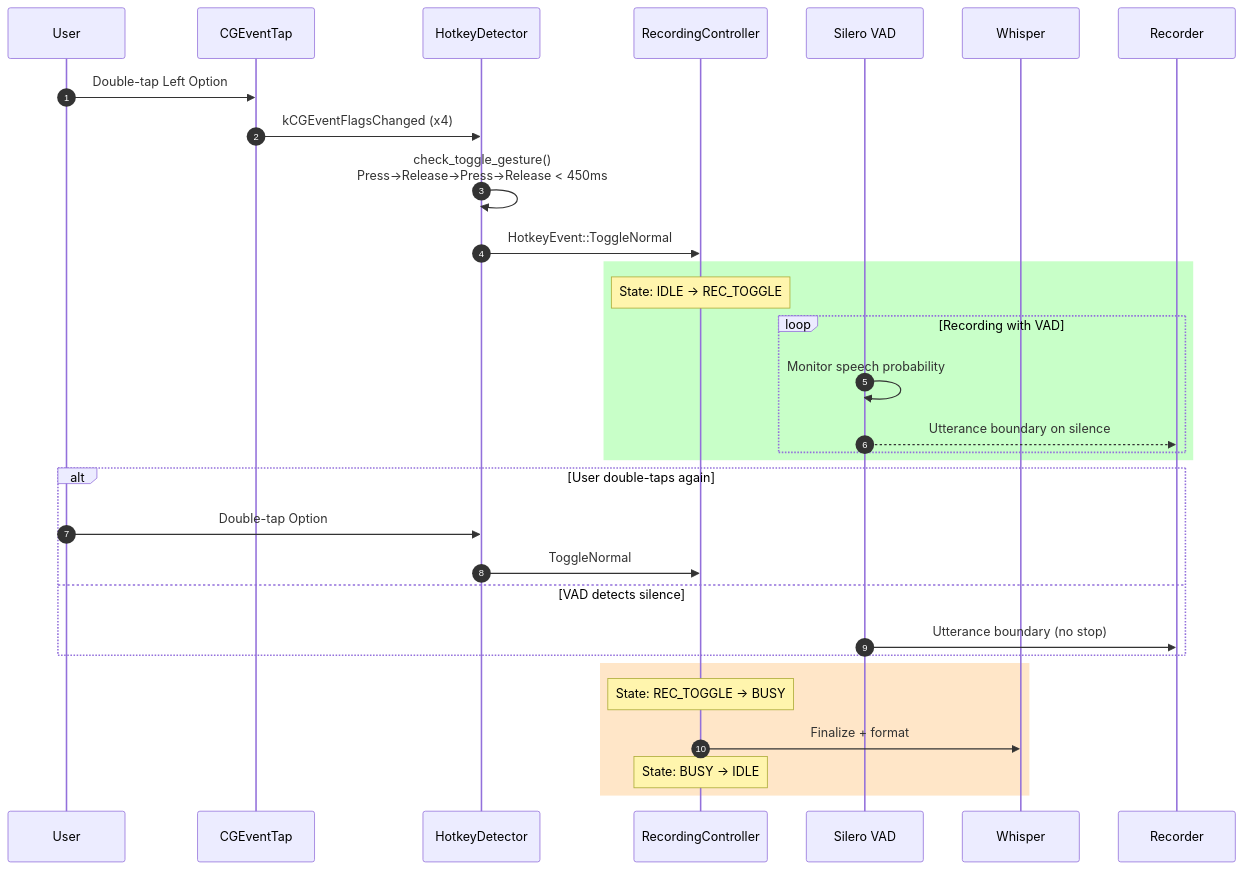
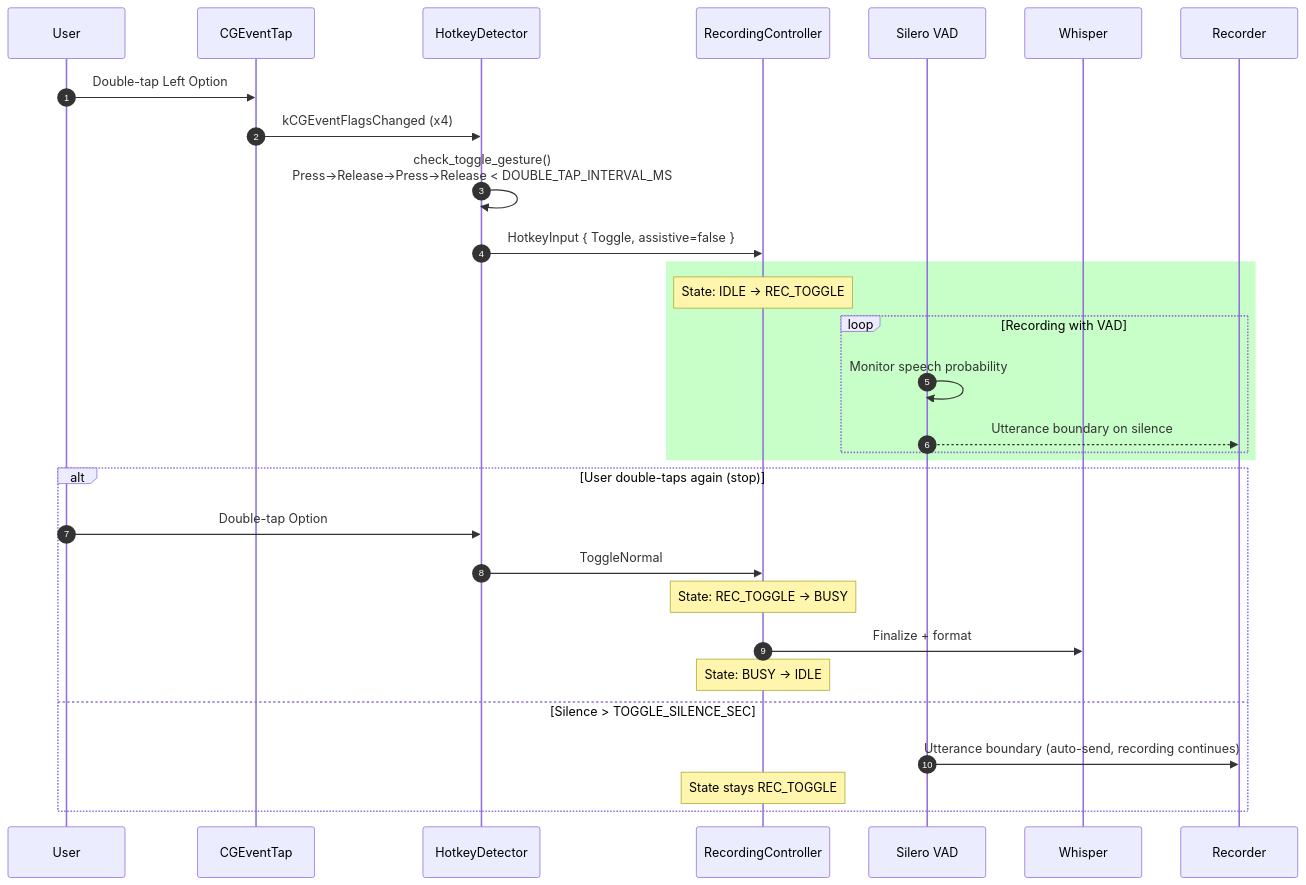
Before and after one commit to vetcoders/codescribe: the fifth of 6 diagrams in docs/HOTKEYS_CONTRACT.md, drawn with Mermaid. The commit also changed other lines of this file and 14 other files, not shown here.

````diff
--- a/docs/HOTKEYS_CONTRACT.md
+++ b/docs/HOTKEYS_CONTRACT.md
@@ -265,36 +256,34 @@
 ```mermaid
 sequenceDiagram
     autonumber
     participant User
     participant CGEventTap
     participant HotkeyDetector
     participant Controller as RecordingController
     participant VAD as Silero VAD
     participant Whisper
 
     User->>CGEventTap: Double-tap Left Option
     CGEventTap->>HotkeyDetector: kCGEventFlagsChanged (x4)
-    HotkeyDetector->>HotkeyDetector: check_toggle_gesture()<br/>Press→Release→Press→Release < 450ms
-    HotkeyDetector->>Controller: HotkeyEvent::ToggleNormal
+    HotkeyDetector->>HotkeyDetector: check_toggle_gesture()<br/>Press→Release→Press→Release < DOUBLE_TAP_INTERVAL_MS
+    HotkeyDetector->>Controller: HotkeyInput { Toggle, assistive=false }
 
     rect rgb(200, 255, 200)
         Note over Controller: State: IDLE → REC_TOGGLE
         loop Recording with VAD
             VAD->>VAD: Monitor speech probability
             VAD-->>Recorder: Utterance boundary on silence
         end
     end
 
-    alt User double-taps again
+    alt User double-taps again (stop)
         User->>HotkeyDetector: Double-tap Option
         HotkeyDetector->>Controller: ToggleNormal
-    else VAD detects silence
-        VAD->>Recorder: Utterance boundary (no stop)
-    end
-
-    rect rgb(255, 230, 200)
         Note over Controller: State: REC_TOGGLE → BUSY
         Controller->>Whisper: Finalize + format
         Note over Controller: State: BUSY → IDLE
+    else Silence > TOGGLE_SILENCE_SEC
+        VAD->>Recorder: Utterance boundary (auto-send, recording continues)
+        Note over Controller: State stays REC_TOGGLE
     end
 ```
````
